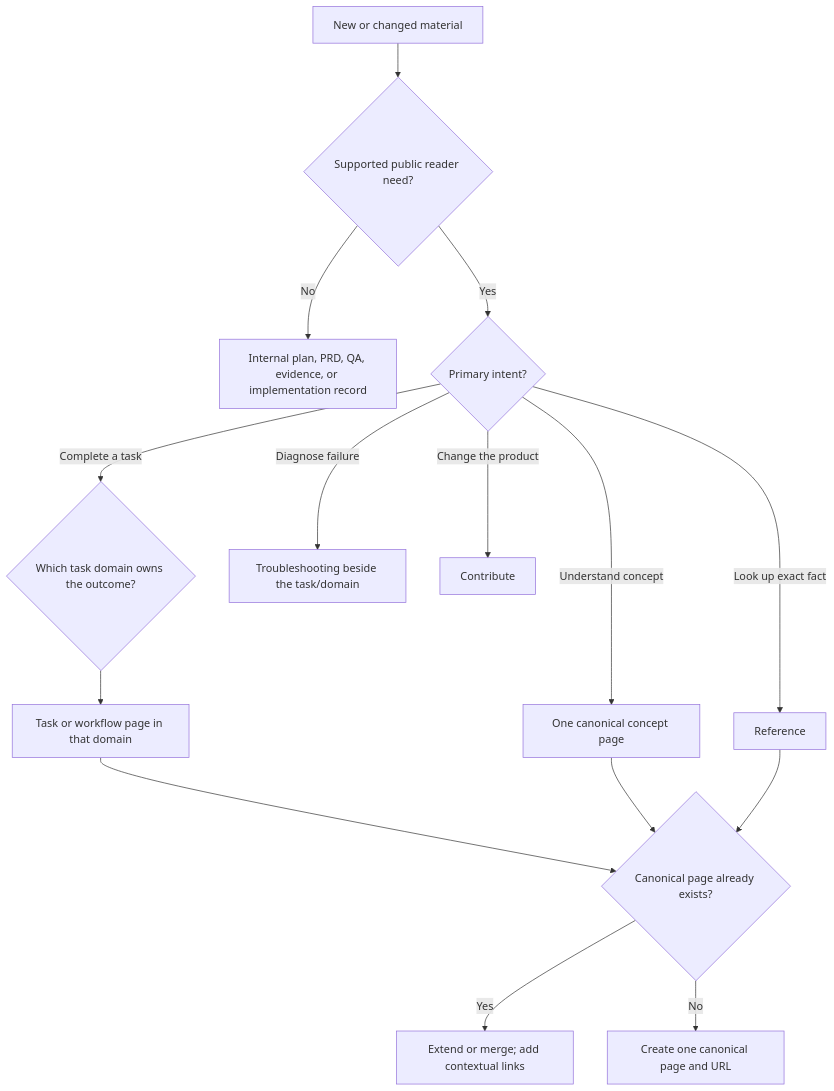
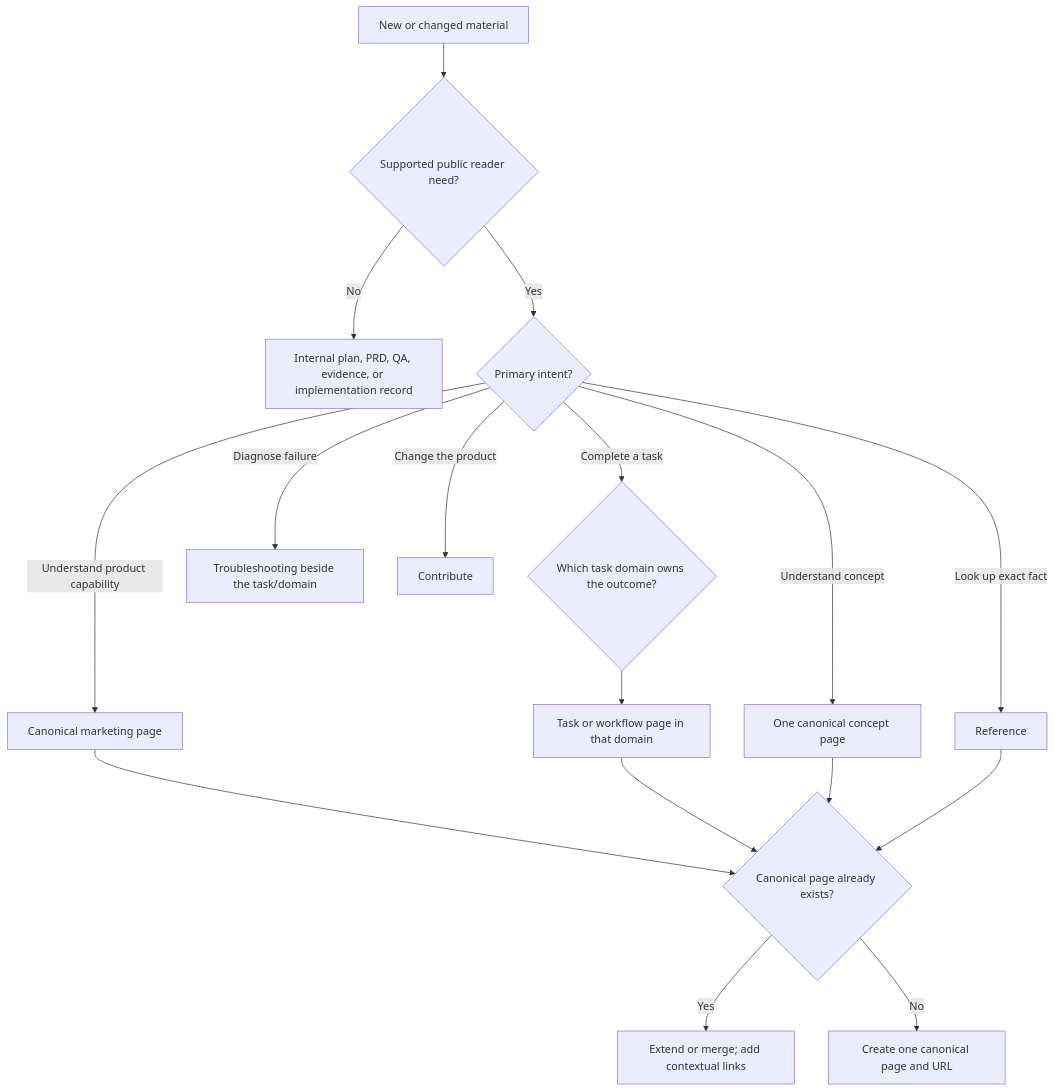
The fourth of 8 diagrams in docs/contribute/documentation/ia-diagrams.md (full-chaos/dev-health-ops), drawn with Mermaid before and after one commit. The commit also changed other lines of this file, not shown here.

Commit message:
docs: update IA diagrams for Context Fabric page

````diff
--- a/docs/contribute/documentation/ia-diagrams.md
+++ b/docs/contribute/documentation/ia-diagrams.md
@@ -130,17 +134,19 @@
 ```mermaid
 flowchart TD
   START["New or changed material"] --> PUBLIC{"Supported public reader need?"}
   PUBLIC -- No --> INTERNAL["Internal plan, PRD, QA, evidence, or implementation record"]
   PUBLIC -- Yes --> INTENT{"Primary intent?"}
+  INTENT -- Understand product capability --> MARKETING["Canonical marketing page"]
   INTENT -- Complete a task --> DOMAIN{"Which task domain owns the outcome?"}
   DOMAIN --> TASK["Task or workflow page in that domain"]
   INTENT -- Diagnose failure --> TROUBLE["Troubleshooting beside the task/domain"]
   INTENT -- Understand concept --> CONCEPT["One canonical concept page"]
   INTENT -- Look up exact fact --> REFERENCE["Reference"]
   INTENT -- Change the product --> CONTRIBUTOR["Contribute"]
-  TASK --> EXISTS{"Canonical page already exists?"}
+  MARKETING --> EXISTS{"Canonical page already exists?"}
+  TASK --> EXISTS
   CONCEPT --> EXISTS
   REFERENCE --> EXISTS
   EXISTS -- Yes --> MERGE["Extend or merge; add contextual links"]
   EXISTS -- No --> NEW["Create one canonical page and URL"]
 ```
````
